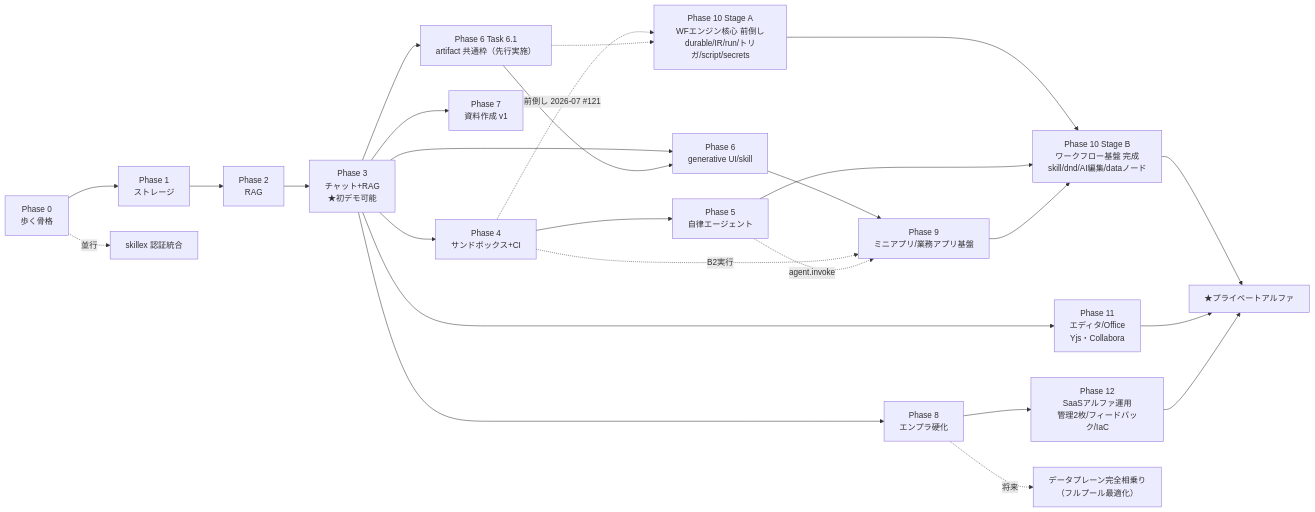
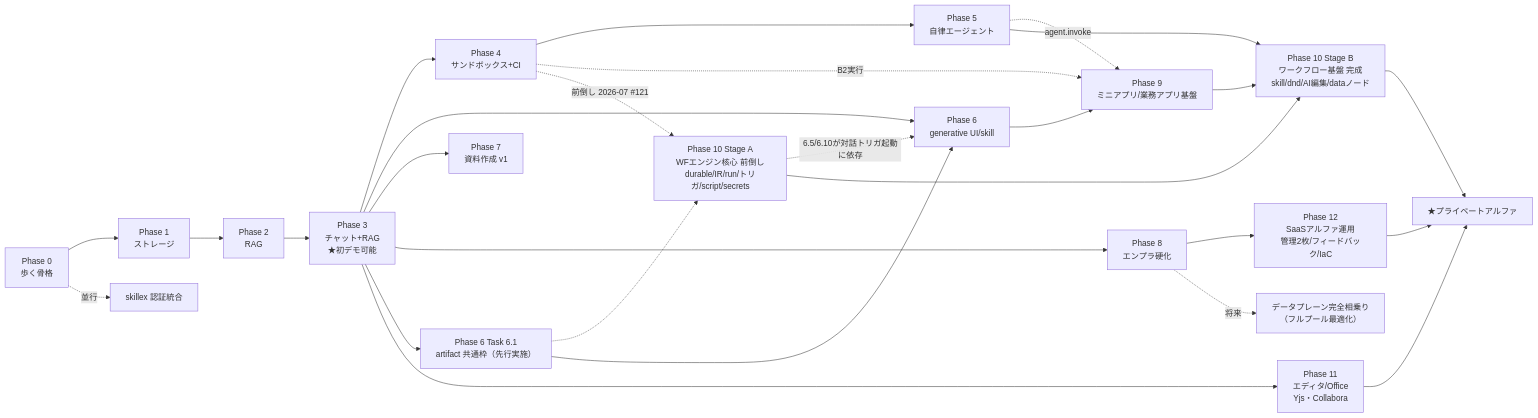
One commit to imanect-labs/shiki-platform changed the diagram in docs/roadmap.md. Above: the diagram before and after it, drawn with Mermaid. The commit also changed other lines of this file and 6 other files, not shown here.

````diff
--- a/docs/roadmap.md
+++ b/docs/roadmap.md
@@ -18,28 +18,29 @@
 ```mermaid
 flowchart LR
   P0["Phase 0<br/>歩く骨格"] --> P1["Phase 1<br/>ストレージ"]
   P1 --> P2["Phase 2<br/>RAG"]
   P2 --> P3["Phase 3<br/>チャット+RAG<br/>★初デモ可能"]
   P3 --> P4["Phase 4<br/>サンドボックス+CI"]
   P4 --> P5["Phase 5<br/>自律エージェント"]
   P3 --> P6["Phase 6<br/>generative UI/skill"]
   P6 --> P9["Phase 9<br/>ミニアプリ/業務アプリ基盤"]
   P4 -.->|B2実行| P9
   P5 -.->|agent.invoke| P9
   P3 --> P7["Phase 7<br/>資料作成 v1"]
   P3 --> P8["Phase 8<br/>エンプラ硬化"]
   P4 -.->|前倒し 2026-07 #121| P10A["Phase 10 Stage A<br/>WFエンジン核心 前倒し<br/>durable/IR/run/トリガ/script/secrets"]
   P3 --> T61["Phase 6 Task 6.1<br/>artifact 共通枠（先行実施）"]
   T61 -.-> P10A
   T61 --> P6
+  P10A -.->|6.5/6.10が対話トリガ起動に依存| P6
   P10A --> P10["Phase 10 Stage B<br/>ワークフロー基盤 完成<br/>skill/dnd/AI編集/dataノード"]
   P5 --> P10
   P9 --> P10
   P3 --> P11["Phase 11<br/>エディタ/Office<br/>Yjs・Collabora"]
   P8 --> P12["Phase 12<br/>SaaSアルファ運用<br/>管理2枚/フィードバック/IaC"]
   P10 --> ALPHA["★プライベートアルファ"]
   P11 --> ALPHA
   P12 --> ALPHA
   P0 -.->|並行| SK["skillex 認証統合"]
   P8 -.->|将来| FULLPOOL["データプレーン完全相乗り<br/>（フルプール最適化）"]
 ```
````
